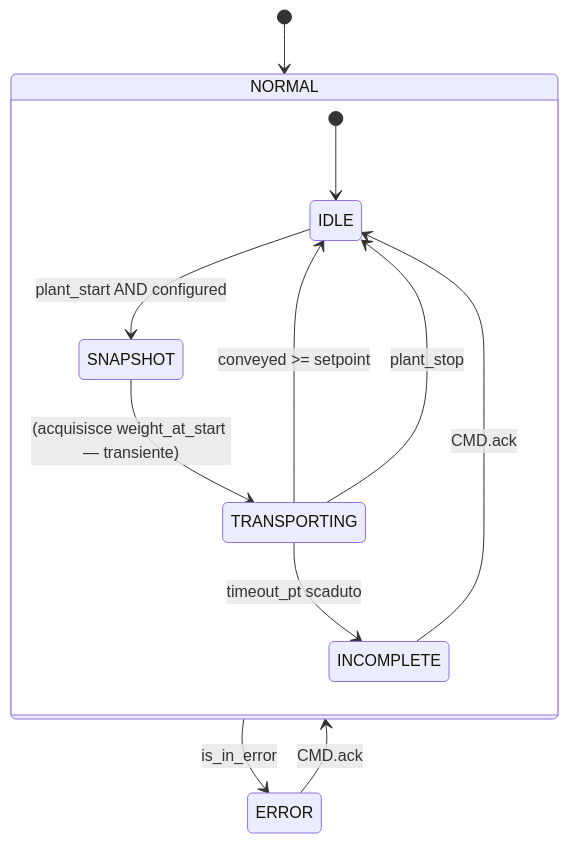
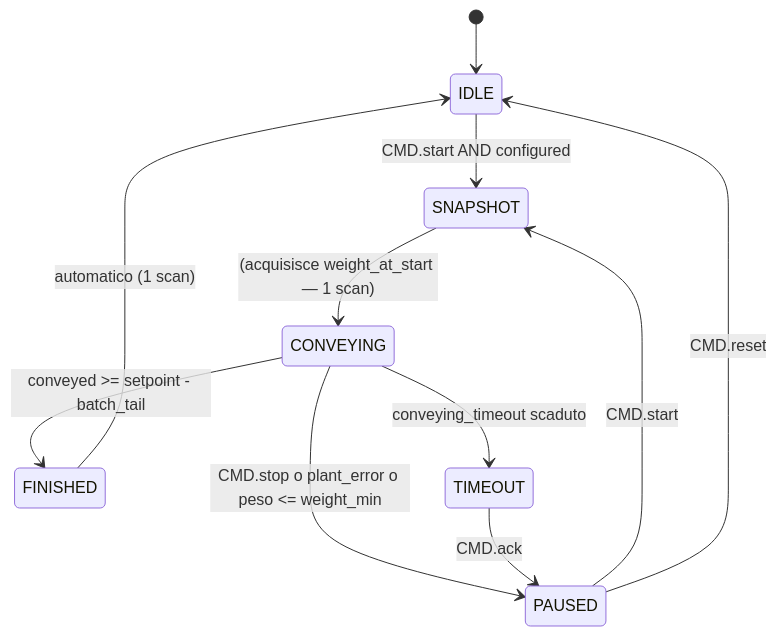
Before and after one commit to AleFire99/TIA_knowledge: the second of 2 diagrams in docs/library/load-cells/index.it.md, drawn with Mermaid. The commit also changed other lines of this file and 69 other files, not shown here.

````diff
--- a/docs/library/load-cells/index.it.md
+++ b/docs/library/load-cells/index.it.md
@@ -176,18 +174,14 @@
 ```mermaid
 stateDiagram-v2
-    [*] --> NORMAL
+    [*] --> IDLE
 
-    state NORMAL {
-        [*] --> IDLE
-
-        IDLE --> SNAPSHOT : plant_start AND configured
-        SNAPSHOT --> TRANSPORTING : (acquisisce weight_at_start — transiente)
-        TRANSPORTING --> IDLE : conveyed >= setpoint
-        TRANSPORTING --> IDLE : plant_stop
-        TRANSPORTING --> INCOMPLETE : timeout_pt scaduto
-        INCOMPLETE --> IDLE : CMD.ack
-    }
-
-    NORMAL --> ERROR : is_in_error
-    ERROR --> NORMAL : CMD.ack
+    IDLE --> SNAPSHOT : CMD.start AND configured
+    SNAPSHOT --> CONVEYING : (acquisisce weight_at_start — 1 scan)
+    CONVEYING --> FINISHED : conveyed >= setpoint - batch_tail
+    CONVEYING --> PAUSED : CMD.stop o plant_error o peso <= weight_min
+    CONVEYING --> TIMEOUT : conveying_timeout scaduto
+    FINISHED --> IDLE : automatico (1 scan)
+    PAUSED --> SNAPSHOT : CMD.start
+    PAUSED --> IDLE : CMD.reset
+    TIMEOUT --> PAUSED : CMD.ack
 ```
````
